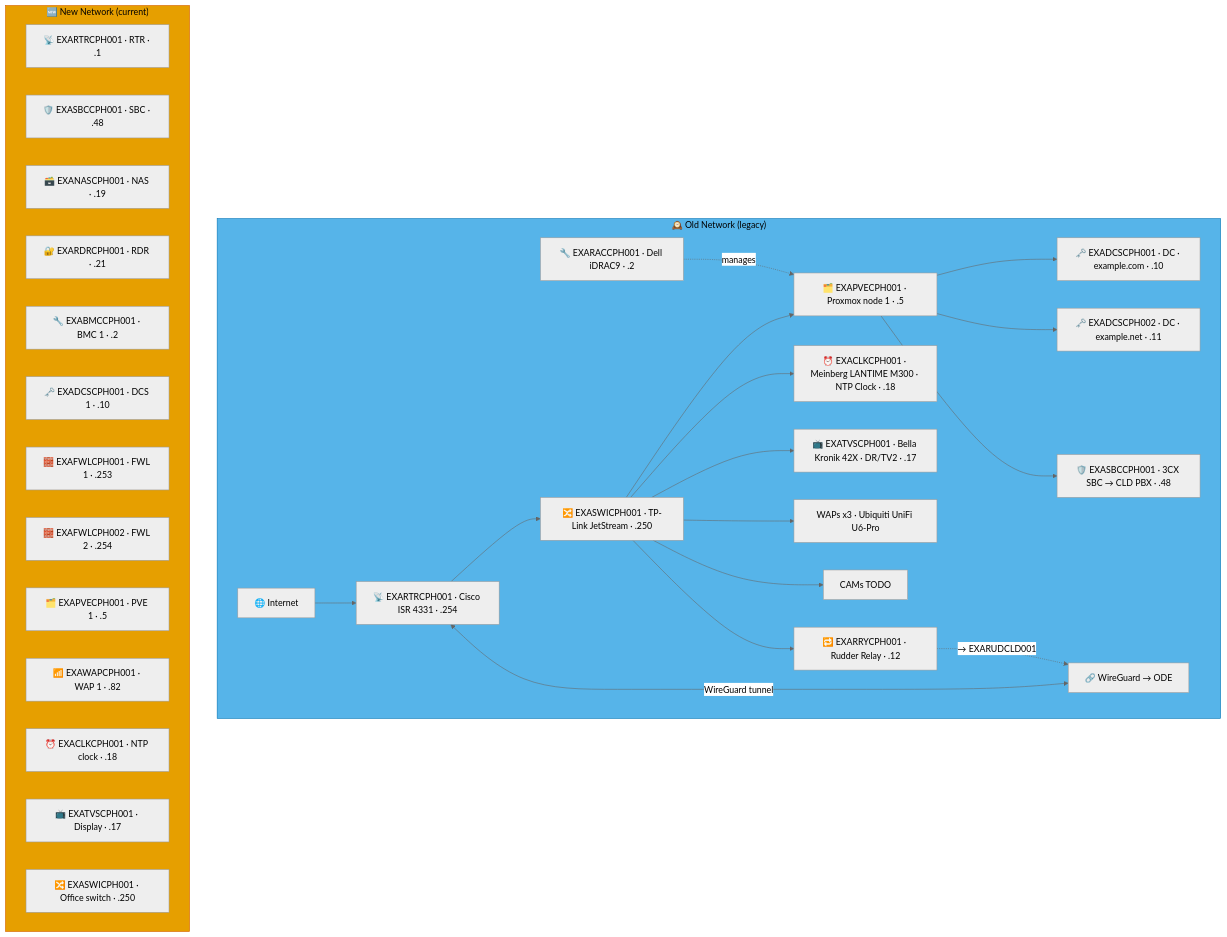
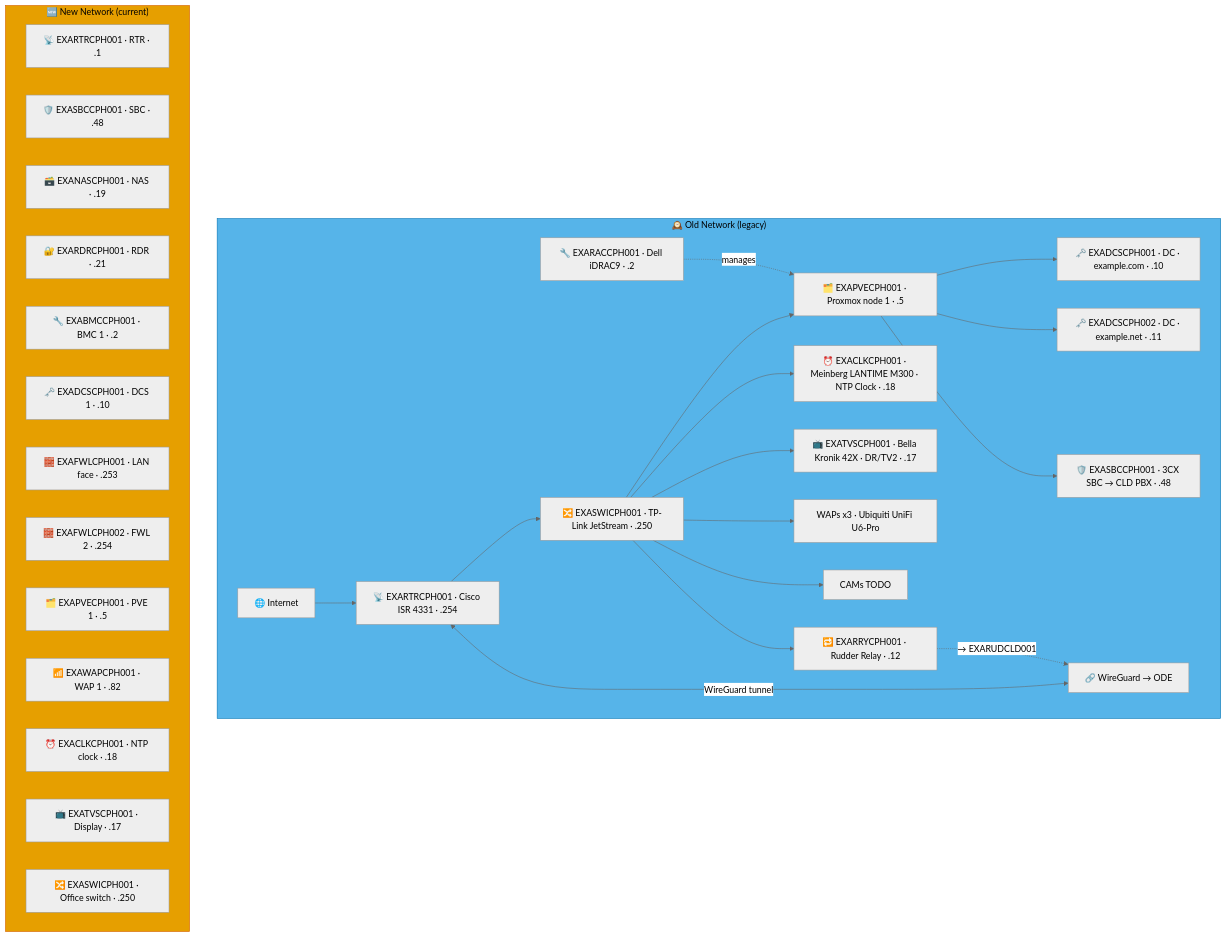
Before and after one commit to knightmare2600/example_music_infra: the first of 9 diagrams in docs/network-diagram/danmark.md, drawn with Mermaid (neutral theme). The commit also changed other lines of this file and 17 other files, not shown here.

````diff
--- a/docs/network-diagram/danmark.md
+++ b/docs/network-diagram/danmark.md
@@ -16,47 +16,47 @@
 ```mermaid
 graph TD
     subgraph OLD_CPH ["🕰️ Old Network (legacy)"]
       INET["🌐 Internet"]
       SW["🔀 EXASWICPH001 · TP-Link JetStream · .250"]
       RTR["📡 EXARTRCPH001 · Cisco ISR 4331 · .254"]
       RAC["🔧 EXARACCPH001 · Dell iDRAC9 · .2"]
       PVE["🗂️ EXAPVECPH001 · Proxmox node 1 · .5"]
       DC1["🗝️ EXADCSCPH001 · DC · example.com · .10"]
       DC2["🗝️ EXADCSCPH002 · DC · example.net · .11"]
       SBC["🛡️ EXASBCCPH001 · 3CX SBC → CLD PBX · .48"]
       RRY["🔁 EXARRYCPH001 · Rudder Relay · .12"]
       NTP["⏰ EXACLKCPH001 · Meinberg LANTIME M300 · NTP Clock · .18"]
       TV["📺 EXATVSCPH001 · Bella Kronik 42X · DR/TV2 · .17"]
       WAP["WAPs x3 · Ubiquiti UniFi U6-Pro"]
       CAM["CAMs TODO"]
       VPN["🔗 WireGuard → ODE"]
 
       INET --> RTR --> SW
       SW --> PVE --> DC1 & DC2 & SBC
       RAC -.->|"manages"| PVE
       SW --> NTP & TV & WAP & CAM
       RTR <-->|"WireGuard tunnel"| VPN
 
       SW --> RRY
       RRY -. "→ EXARUDCLD001" .-> VPN
     end
     style OLD_CPH fill:#56B4E9,stroke:#0072B2,color:#000000
     %% GENERATED:NEW-NETWORK:CPH:START
     subgraph NEW_CPH ["🆕 New Network (current)"]
       N_RTR["📡 EXARTRCPH001 · RTR · .1"]
       N_SBC["🛡️ EXASBCCPH001 · SBC · .48"]
       N_NAS["🗃️ EXANASCPH001 · NAS · .19"]
       N_RDR["🔐 EXARDRCPH001 · RDR · .21"]
       N_BMC["🔧 EXABMCCPH001 · BMC 1 · .2"]
       N_DCS["🗝️ EXADCSCPH001 · DCS 1 · .10"]
-      N_FWL["🧱 EXAFWLCPH001 · FWL 1 · .253"]
+      N_FWL["🧱 EXAFWLCPH001 · LAN face · .253"]
       N_FWL2["🧱 EXAFWLCPH002 · FWL 2 · .254"]
       N_PVE["🗂️ EXAPVECPH001 · PVE 1 · .5"]
       N_WAP["📶 EXAWAPCPH001 · WAP 1 · .82"]
       N_CLK["⏰ EXACLKCPH001 · NTP clock · .18"]
       N_TVS["📺 EXATVSCPH001 · Display · .17"]
       N_SWI["🔀 EXASWICPH001 · Office switch · .250"]
     end
     style NEW_CPH fill:#E69F00,stroke:#D55E00,color:#000000
     %% GENERATED:NEW-NETWORK:CPH:END
 ```
````
